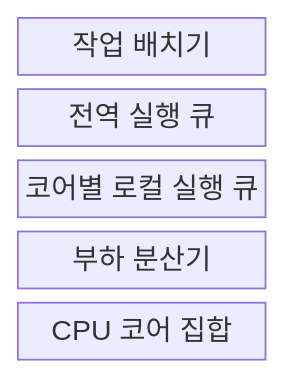
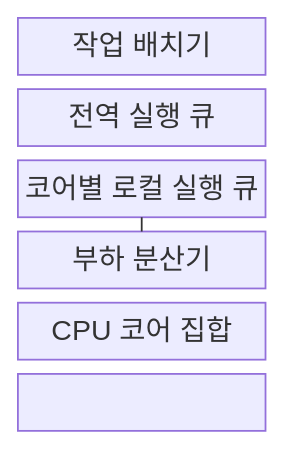
Before and after one commit to agnusdei1207/knowledge-base: the first of 2 diagrams in src/content/docs/notes/03-software/028_multiprocessor_scheduling_sqms_mqms.md, drawn with Mermaid. The commit also changed other lines of this file and 238 other files, not shown here.

````diff
--- a/src/content/docs/notes/03-software/028_multiprocessor_scheduling_sqms_mqms.md
+++ b/src/content/docs/notes/03-software/028_multiprocessor_scheduling_sqms_mqms.md
@@ -65,9 +65,12 @@
 ```mermaid
-block
+block-beta
   columns 1
   A["작업 배치기"]
   G["전역 실행 큐"]
   L["코어별 로컬 실행 큐"]
   B["부하 분산기"]
   C["CPU 코어 집합"]
+  A --- G --- C
+  A --- L --- C
+  L --- B
 ```
````
